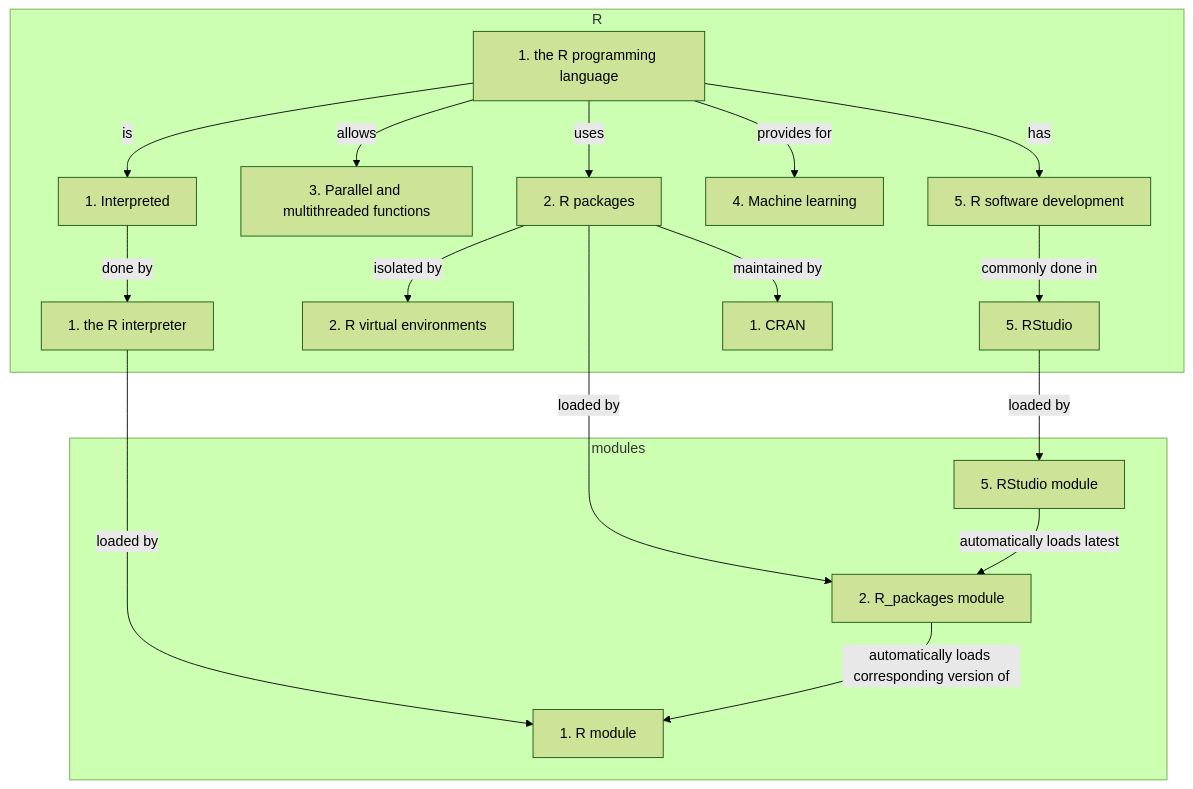
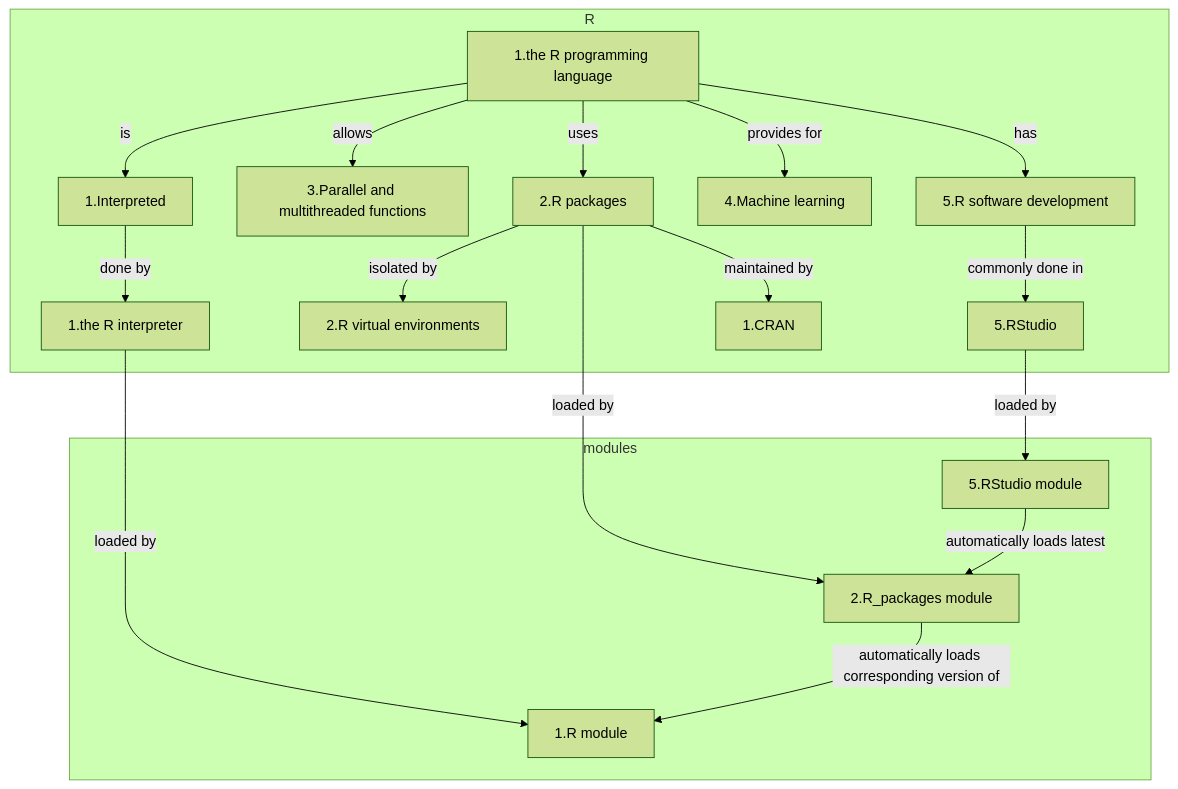
Before and after one commit to UPPMAX/R-python-julia-matlab-HPC: the diagram in docs/r/intro_r_overview_course_r_and_modules.mmd, drawn with Mermaid (forest theme). The commit also changed 6 other files, not shown here.

Commit message:
Fix mermaid markdown, progress #68

```diff
--- a/docs/r/intro_r_overview_course_r_and_modules.mmd
+++ b/docs/r/intro_r_overview_course_r_and_modules.mmd
@@ -1,37 +1,37 @@
 flowchart TD
 
     subgraph r[R]
-      r_interpreter[1. the R interpreter]
-      r_packages[2. R packages]
-      r_virtual_environments[2. R virtual environments]
-      r_language[1. the R programming language]
-      parallel_and_multithreaded_functions[3. Parallel and multithreaded functions]
-      r_dev[5. R software development]
-      rstudio[5. RStudio]
-      ml[4. Machine learning]
-      interpreted_language[1. Interpreted]
-      cran[1. CRAN]
+      r_interpreter[1.the R interpreter]
+      r_packages[2.R packages]
+      r_virtual_environments[2.R virtual environments]
+      r_language[1.the R programming language]
+      parallel_and_multithreaded_functions[3.Parallel and multithreaded functions]
+      r_dev[5.R software development]
+      rstudio[5.RStudio]
+      ml[4.Machine learning]
+      interpreted_language[1.Interpreted]
+      cran[1.CRAN]
     end
     subgraph modules[modules]
-      r_module[1. R module]
-      r_packages_module[2. R_packages module]
-      rstudio_module[5. RStudio module]
+      r_module[1.R module]
+      r_packages_module[2.R_packages module]
+      rstudio_module[5.RStudio module]
     end
 
   
     r_language --> |has| r_dev
     r_language --> |is| interpreted_language 
     r_language --> |uses| r_packages
     interpreted_language --> |done by| r_interpreter
     r_packages --> |maintained by| cran
     r_packages --> |isolated by|r_virtual_environments 
     r_language --> |allows| parallel_and_multithreaded_functions
     r_language --> |provides for| ml
     r_dev --> |commonly done in| rstudio
 
     r_interpreter --> |loaded by|r_module
     r_packages --> |loaded by|r_packages_module
     rstudio --> |loaded by|rstudio_module
 
     rstudio_module --> |automatically loads latest| r_packages_module
     r_packages_module --> |automatically loads corresponding version of| r_module
```
